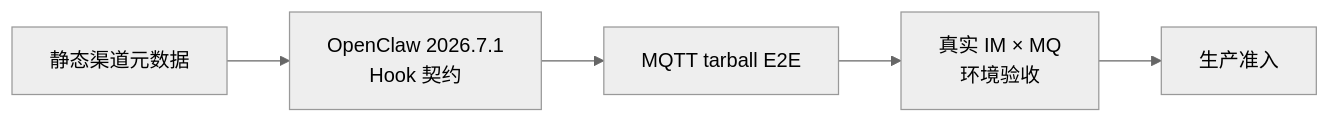
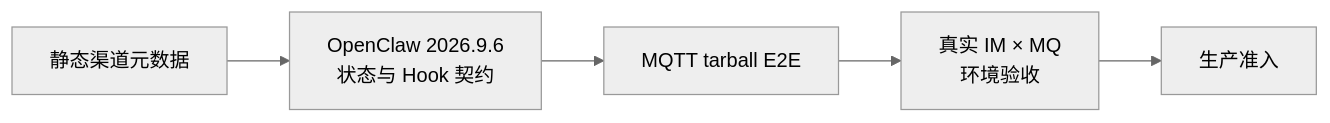
Before and after one commit to partme-ai/openclaw-plugins: the second of 3 diagrams in extensions/bridge/README.md, drawn with Mermaid (neutral theme). The commit also changed other lines of this file and 9 other files, not shown here.

````diff
--- a/extensions/bridge/README.md
+++ b/extensions/bridge/README.md
@@ -263,7 +273,7 @@
 ```mermaid
 flowchart LR
-    META["静态渠道元数据"] --> CONTRACT["OpenClaw 2026.7.1<br/>Hook 契约"]
+    META["静态渠道元数据"] --> CONTRACT["OpenClaw 2026.9.6<br/>状态与 Hook 契约"]
     CONTRACT --> E2E["MQTT tarball E2E"]
     E2E --> ENV["真实 IM × MQ<br/>环境验收"]
     ENV --> PROD["生产准入"]
 ```
````
